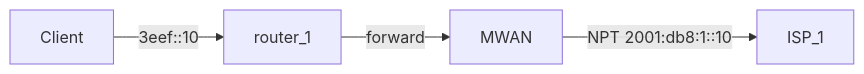
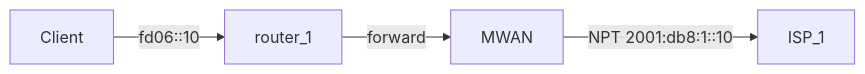
Before and after one commit to agoodkind/configs: the third of 9 diagrams in docs/mwan.md, drawn with Mermaid. The commit also changed other lines of this file, not shown here.

````diff
--- a/docs/mwan.md
+++ b/docs/mwan.md
@@ -148,10 +149,10 @@
 ```mermaid
 flowchart LR
   client[Client]
   r1[router_1]
   mwan[MWAN]
   isp1[ISP_1]
-  client -->|"3eef::10"| r1
+  client -->|"fd06::10"| r1
   r1 -->|forward| mwan
   mwan -->|"NPT 2001:db8:1::10"| isp1
 ```
````
